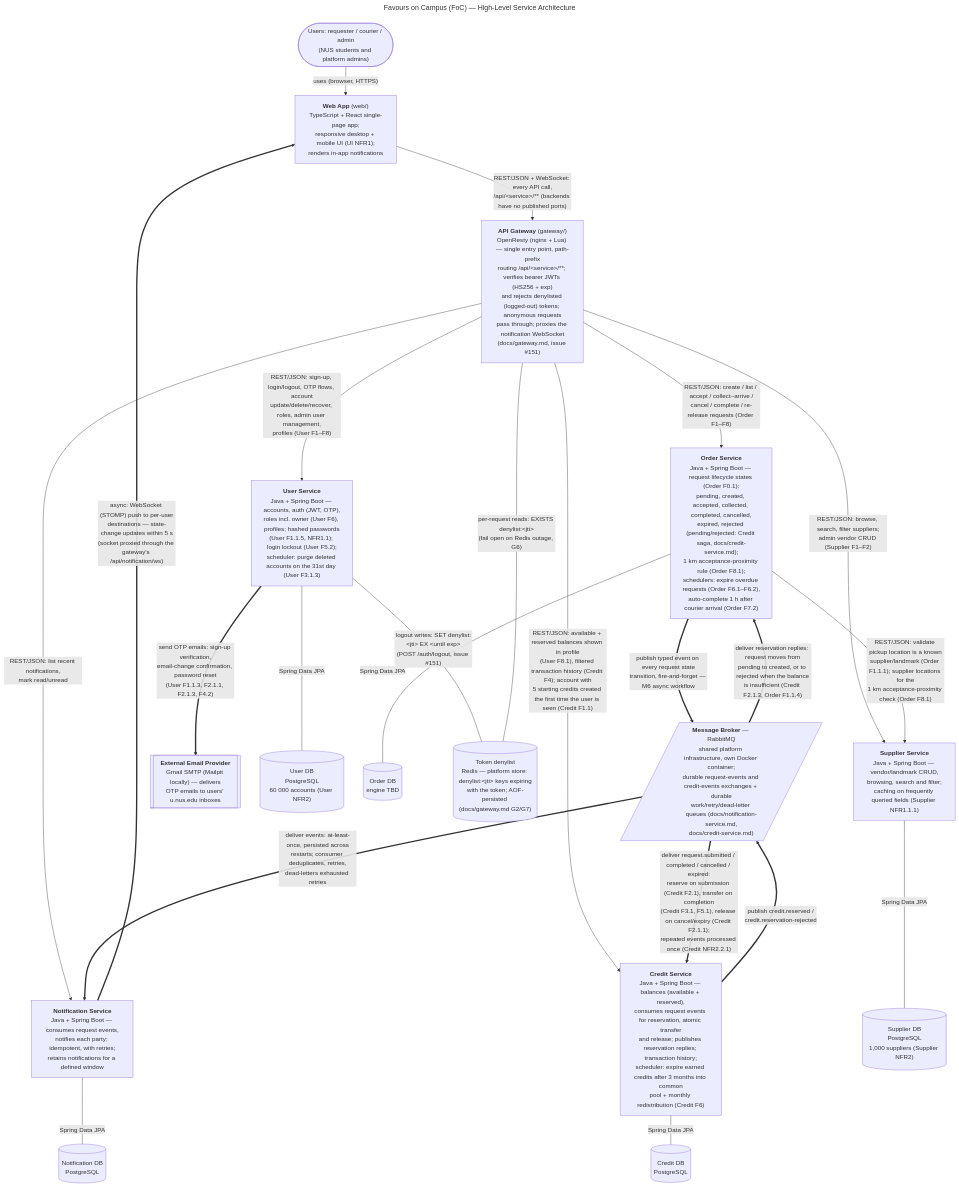
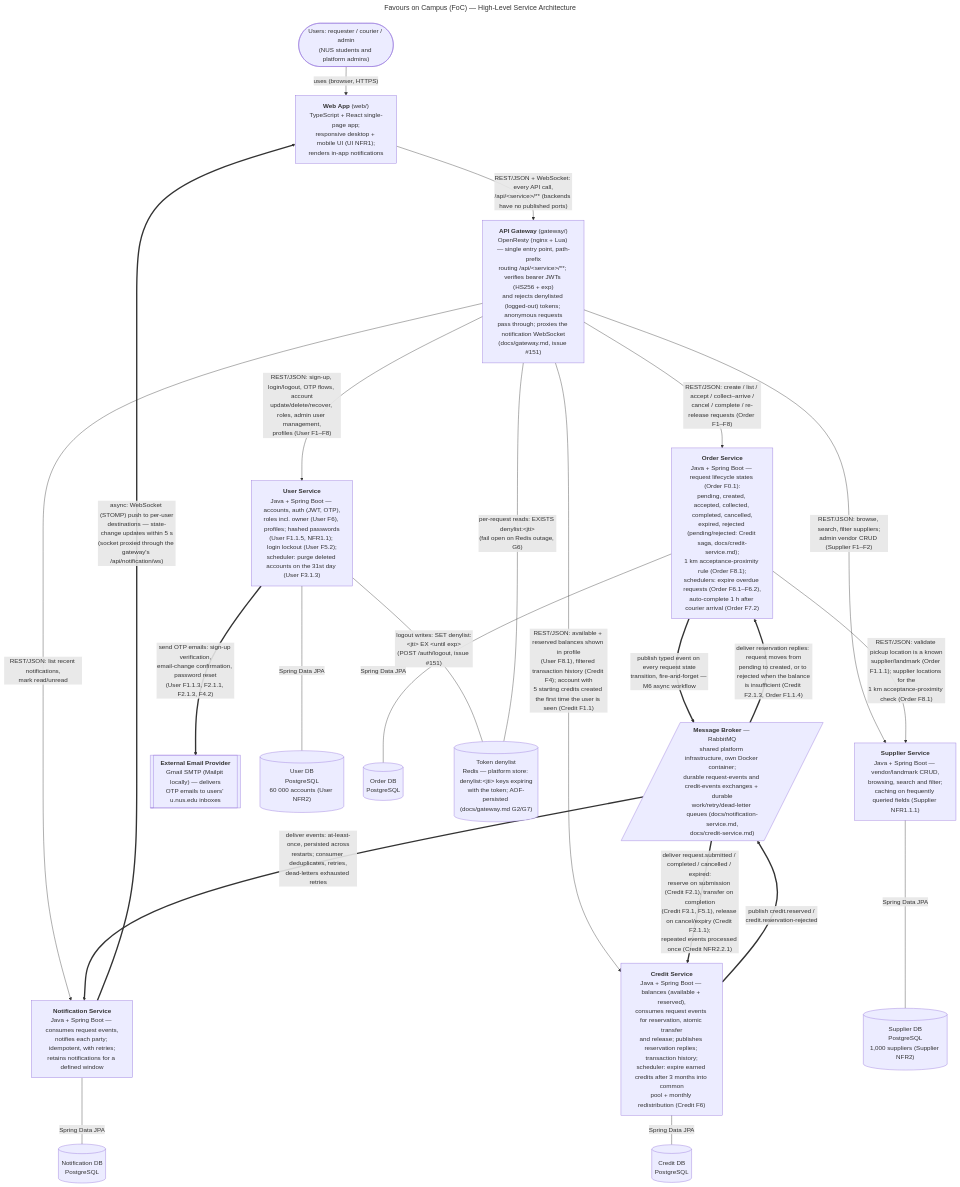
The diagram in docs/architecture.mmd (AY2627S1-CS3219-P23/foc), drawn with Mermaid before and after one commit. The commit also changed 3 other files, not shown here.

First line of the commit message:
fix(order-service): make mvnw executable; record the Order DB engine

```diff
--- a/docs/architecture.mmd
+++ b/docs/architecture.mmd
@@ -1,83 +1,86 @@
 ---
 title: "Favours on Campus (FoC) — High-Level Service Architecture"
 ---
 %% AI-assisted (CS3219 AI Usage Policy disclosure):
 %% Tool: Claude Code (Fable 5), 2026-09-14 – 2026-09-21; revised
 %% 2026-09-27 (Claude Code, Sonnet 5).
 %% Scope: transcribed the team-decided architecture (AGENTS.md service
 %% boundaries + D1 requirements) into this diagram and kept it aligned
 %% with the backlog and the team's design decisions (recorded in
 %% docs/architecture.md and docs/notification-service.md). No design
 %% decisions were made by the tool; open decisions are marked "TBD".
 %% 2026-09-27: Supplier DB capacity label updated 100,000 -> 1,000 to
 %% match the team's revised NFR2.1 (docs/supplier-service.md, D7).
 %% 2026-09-29 (Claude Code, Fable 5), issue #88: three resolved TBDs
 %% struck — email provider (Gmail SMTP + local Mailpit, chosen by
 %% Leong Wei Zhi via options Q&A in the issue #88 PR) and the User/
 %% Supplier DB engines (PostgreSQL, decided with issue #85 and the
 %% supplier scaffolding). Details in docs/architecture.md.
 %% Reviewed by: Leong Wei Zhi (via pull request).
 %% 2026-10-09 (Claude Code, Opus 5.5), PR #163 Copilot review: Credit
 %% Service edges brought in line with the team's saga design
 %% (docs/credit-service.md D6-D9): the User -> Credit and Order ->
 %% Credit REST edges removed, reservation and its replies shown as
 %% broker events. Transcription only; no decisions made by the tool.
 %% 2026-10-09, PR #163 review (Leong Wei Zhi): Order states include the saga's
 %% pending and rejected (pending the Order F0.1 rewording listed in
 %% docs/credit-service.md); Credit DB labelled PostgreSQL (its D1).
 %% Author review: Ryan Ang, pending pull request review.
 %% 2026-10-11 (Claude Code, Fable 5), issue #151: API Gateway node and
 %% Redis denylist store added per the team's gateway/denylist decisions
 %% (Leong Wei Zhi, 2026-10-11, options Q&A — docs/gateway.md G1–G10):
 %% all WEB REST edges and the STOMP push now route through the gateway,
 %% which rejects revoked tokens platform-wide. Transcription only.
+%% 2026-10-15 (Claude Code, Opus 5.5), PR #187 review (Leong Wei Zhi):
+%% Order DB labelled PostgreSQL (chosen by Ko-Khan via options Q&A when
+%% order-db was wired into compose.yaml, 2026-10-10).
 %% Legend and dependency table: see docs/architecture.md
 flowchart TB
     USERS(["Users: requester / courier / admin<br/>(NUS students and platform admins)"])
     WEB["<b>Web App</b> (web/)<br/>TypeScript + React single-page app;<br/>responsive desktop + mobile UI (UI NFR1);<br/>renders in-app notifications"]
 
     USERS -->|"uses (browser, HTTPS)"| WEB
 
     GATEWAY["<b>API Gateway</b> (gateway/)<br/>OpenResty (nginx + Lua) — single entry point, path-prefix<br/>routing /api/&lt;service&gt;/**; verifies bearer JWTs (HS256 + exp)<br/>and rejects denylisted (logged-out) tokens; anonymous requests<br/>pass through; proxies the notification WebSocket<br/>(docs/gateway.md, issue #151)"]
 
     WEB -->|"REST/JSON + WebSocket: every API call,<br/>/api/&lt;service&gt;/** (backends have no published ports)"| GATEWAY
 
     USER_SVC["<b>User Service</b><br/>Java + Spring Boot — accounts, auth (JWT, OTP),<br/>roles incl. owner (User F6), profiles; hashed passwords<br/>(User F1.1.5, NFR1.1); login lockout (User F5.2);<br/>scheduler: purge deleted accounts on the 31st day (User F3.1.3)"]
     SUP_SVC["<b>Supplier Service</b><br/>Java + Spring Boot — vendor/landmark CRUD,<br/>browsing, search and filter;<br/>caching on frequently queried fields (Supplier NFR1.1.1)"]
     ORDER_SVC["<b>Order Service</b><br/>Java + Spring Boot — request lifecycle states (Order F0.1):<br/>pending, created, accepted, collected, completed, cancelled,<br/>expired, rejected (pending/rejected: Credit saga, docs/credit-service.md);<br/>1 km acceptance-proximity rule (Order F8.1);<br/>schedulers: expire overdue requests (Order F6.1–F6.2),<br/>auto-complete 1 h after courier arrival (Order F7.2)"]
     CREDIT_SVC["<b>Credit Service</b><br/>Java + Spring Boot — balances (available + reserved),<br/>consumes request events for reservation, atomic transfer<br/>and release; publishes reservation replies; transaction history;<br/>scheduler: expire earned credits after 3 months into common<br/>pool + monthly redistribution (Credit F6)"]
     NOTIF_SVC["<b>Notification Service</b><br/>Java + Spring Boot — consumes request events,<br/>notifies each party; idempotent, with retries;<br/>retains notifications for a defined window"]
     BROKER[/"<b>Message Broker</b> — RabbitMQ<br/>shared platform infrastructure, own Docker container;<br/>durable request-events and credit-events exchanges + durable<br/>work/retry/dead-letter queues (docs/notification-service.md,<br/>docs/credit-service.md)"/]
     EMAIL[["<b>External Email Provider</b><br/>Gmail SMTP (Mailpit locally) — delivers<br/>OTP emails to users' u.nus.edu inboxes"]]
 
     GATEWAY -->|"REST/JSON: sign-up, login/logout, OTP flows, account<br/>update/delete/recover, roles, admin user management,<br/>profiles (User F1–F8)"| USER_SVC
     GATEWAY -->|"REST/JSON: browse, search, filter suppliers;<br/>admin vendor CRUD (Supplier F1–F2)"| SUP_SVC
     GATEWAY -->|"REST/JSON: create / list / accept / collect–arrive /<br/>cancel / complete / re-release requests (Order F1–F8)"| ORDER_SVC
     GATEWAY -->|"REST/JSON: available + reserved balances shown in profile<br/>(User F8.1), filtered transaction history (Credit F4); account with<br/>5 starting credits created the first time the user is seen (Credit F1.1)"| CREDIT_SVC
     GATEWAY -->|"REST/JSON: list recent notifications,<br/>mark read/unread"| NOTIF_SVC
     NOTIF_SVC ==>|"async: WebSocket (STOMP) push to per-user<br/>destinations — state-change updates within 5 s<br/>(socket proxied through the gateway's /api/notification/ws)"| WEB
 
     USER_SVC ==>|"send OTP emails: sign-up verification,<br/>email-change confirmation, password reset<br/>(User F1.1.3, F2.1.1, F2.1.3, F4.2)"| EMAIL
     ORDER_SVC -->|"REST/JSON: validate pickup location is a known<br/>supplier/landmark (Order F1.1.1); supplier locations for the<br/>1 km acceptance-proximity check (Order F8.1)"| SUP_SVC
     ORDER_SVC ==>|"publish typed event on every request state<br/>transition, fire-and-forget — M6 async workflow"| BROKER
     BROKER ==>|"deliver events: at-least-once, persisted across<br/>restarts; consumer deduplicates, retries,<br/>dead-letters exhausted retries"| NOTIF_SVC
     BROKER ==>|"deliver request.submitted / completed / cancelled / expired:<br/>reserve on submission (Credit F2.1), transfer on completion<br/>(Credit F3.1, F5.1), release on cancel/expiry (Credit F2.1.1);<br/>repeated events processed once (Credit NFR2.2.1)"| CREDIT_SVC
     CREDIT_SVC ==>|"publish credit.reserved /<br/>credit.reservation-rejected"| BROKER
     BROKER ==>|"deliver reservation replies: request moves from<br/>pending to created, or to rejected when the balance<br/>is insufficient (Credit F2.1.3, Order F1.1.4)"| ORDER_SVC
 
     USER_DB[("User DB<br/>PostgreSQL<br/>60 000 accounts (User NFR2)")]
     SUP_DB[("Supplier DB<br/>PostgreSQL<br/>1,000 suppliers (Supplier NFR2)")]
-    ORDER_DB[("Order DB<br/>engine TBD")]
+    ORDER_DB[("Order DB<br/>PostgreSQL")]
     CREDIT_DB[("Credit DB<br/>PostgreSQL")]
     NOTIF_DB[("Notification DB<br/>PostgreSQL")]
 
     REDIS[("Token denylist<br/>Redis — platform store: denylist:&lt;jti&gt; keys expiring<br/>with the token; AOF-persisted (docs/gateway.md G2/G7)")]
 
     USER_SVC ---|"logout writes: SET denylist:&lt;jti&gt; EX &lt;until exp&gt;<br/>(POST /auth/logout, issue #151)"| REDIS
     GATEWAY ---|"per-request reads: EXISTS denylist:&lt;jti&gt;<br/>(fail open on Redis outage, G6)"| REDIS
 
     USER_SVC ---|"Spring Data JPA"| USER_DB
     SUP_SVC ---|"Spring Data JPA"| SUP_DB
     ORDER_SVC ---|"Spring Data JPA"| ORDER_DB
     CREDIT_SVC ---|"Spring Data JPA"| CREDIT_DB
     NOTIF_SVC ---|"Spring Data JPA"| NOTIF_DB
```
